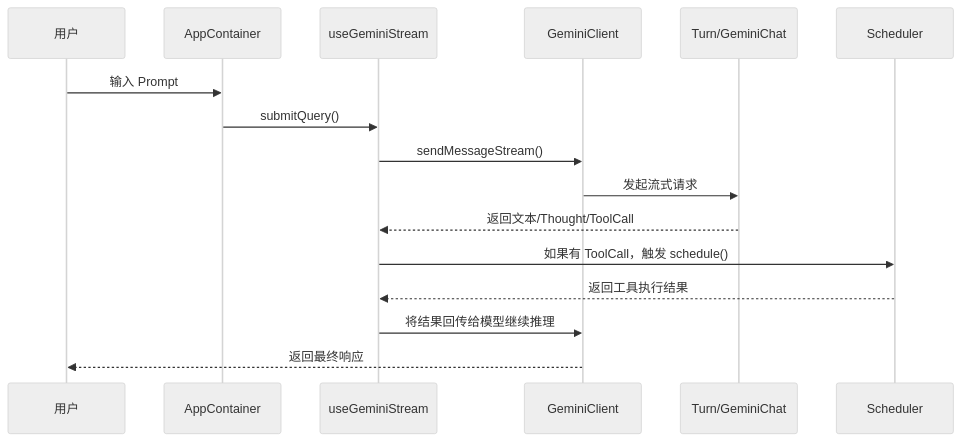
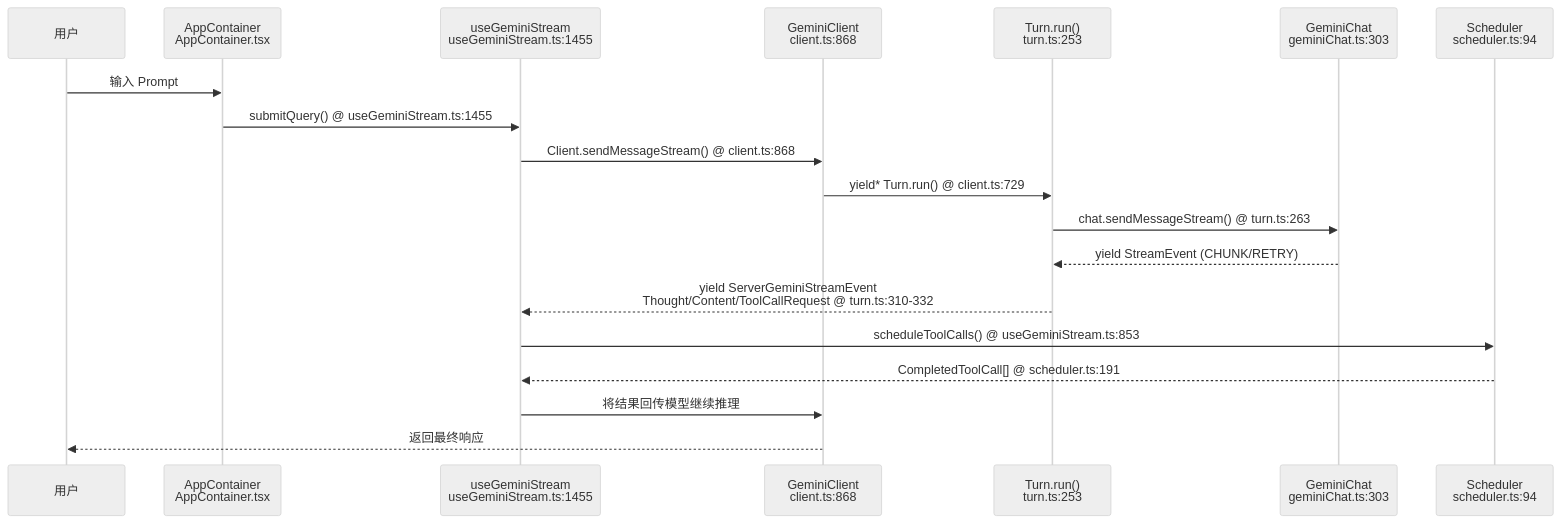
One commit to feuyeux/hello-olleh changed the first of 2 diagrams in hello-gemini-cli/03-agent-loop.md. Above: the diagram before and after it, drawn with Mermaid. The commit also changed other lines of this file and 7 other files, not shown here.

First line of the commit message:
docs: add accurate code references and sandbox flow diagrams

````diff
--- a/hello-gemini-cli/03-agent-loop.md
+++ b/hello-gemini-cli/03-agent-loop.md
@@ -13,20 +21,23 @@
 ```mermaid
 %%{init: {'theme': 'neutral'}}%%
 sequenceDiagram
     participant User as 用户
-    participant App as AppContainer
-    participant Stream as useGeminiStream
-    participant Client as GeminiClient
-    participant TurnLoop as Turn/GeminiChat
-    participant Sch as Scheduler
+    participant App as AppContainer<br/>AppContainer.tsx
+    participant Stream as useGeminiStream<br/>useGeminiStream.ts:1455
+    participant Client as GeminiClient<br/>client.ts:868
+    participant Turn as Turn.run()<br/>turn.ts:253
+    participant Chat as GeminiChat<br/>geminiChat.ts:303
+    participant Scheduler as Scheduler<br/>scheduler.ts:94
 
     User->>App: 输入 Prompt
-    App->>Stream: submitQuery()
-    Stream->>Client: sendMessageStream()
-    Client->>TurnLoop: 发起流式请求
-    TurnLoop-->>Stream: 返回文本/Thought/ToolCall
-    Stream->>Sch: 如果有 ToolCall，触发 schedule()
-    Sch-->>Stream: 返回工具执行结果
-    Stream->>Client: 将结果回传给模型继续推理
+    App->>Stream: submitQuery() @ useGeminiStream.ts:1455
+    Stream->>Client: Client.sendMessageStream() @ client.ts:868
+    Client->>Turn: yield* Turn.run() @ client.ts:729
+    Turn->>Chat: chat.sendMessageStream() @ turn.ts:263
+    Chat-->>Turn: yield StreamEvent (CHUNK/RETRY)
+    Turn-->>Stream: yield ServerGeminiStreamEvent<br/>Thought/Content/ToolCallRequest @ turn.ts:310-332
+    Stream->>Scheduler: scheduleToolCalls() @ useGeminiStream.ts:853
+    Scheduler-->>Stream: CompletedToolCall[] @ scheduler.ts:191
+    Stream->>Client: 将结果回传模型继续推理
     Client-->>User: 返回最终响应
 ```
````
